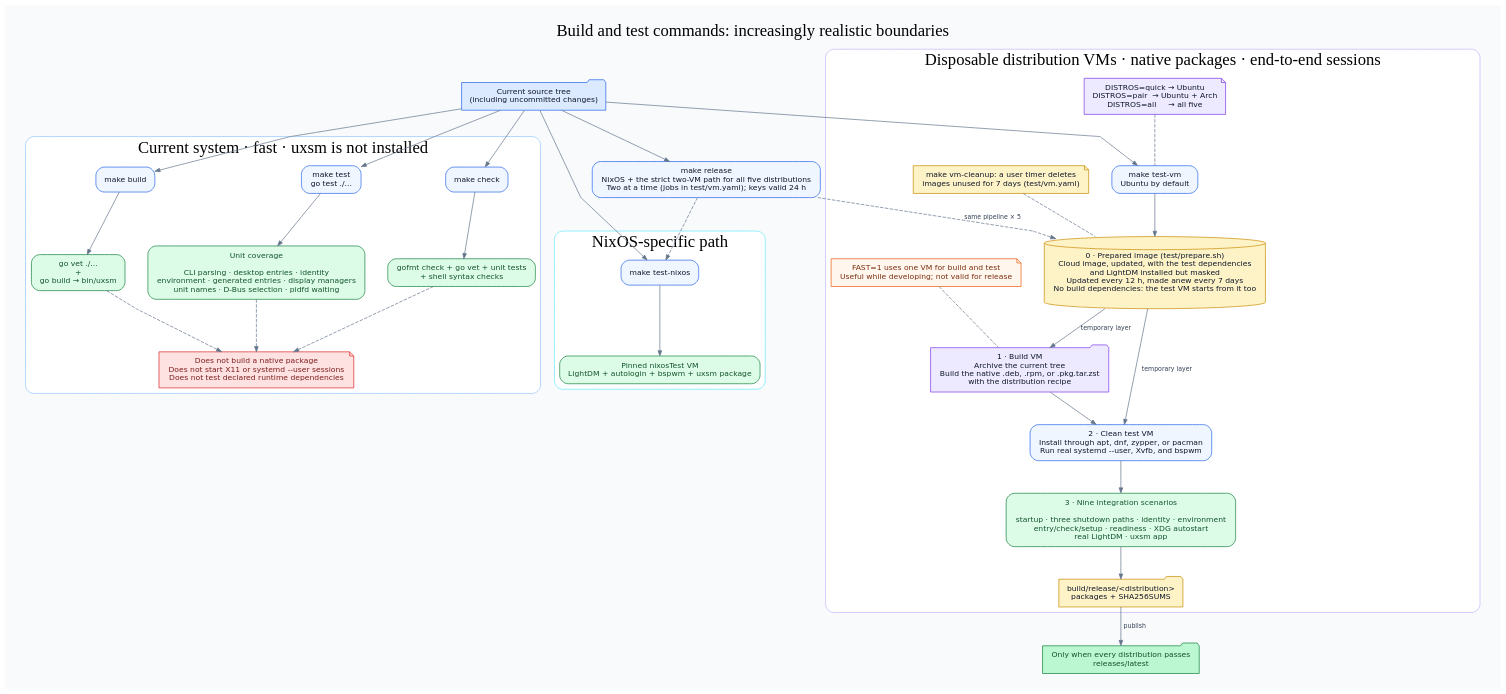
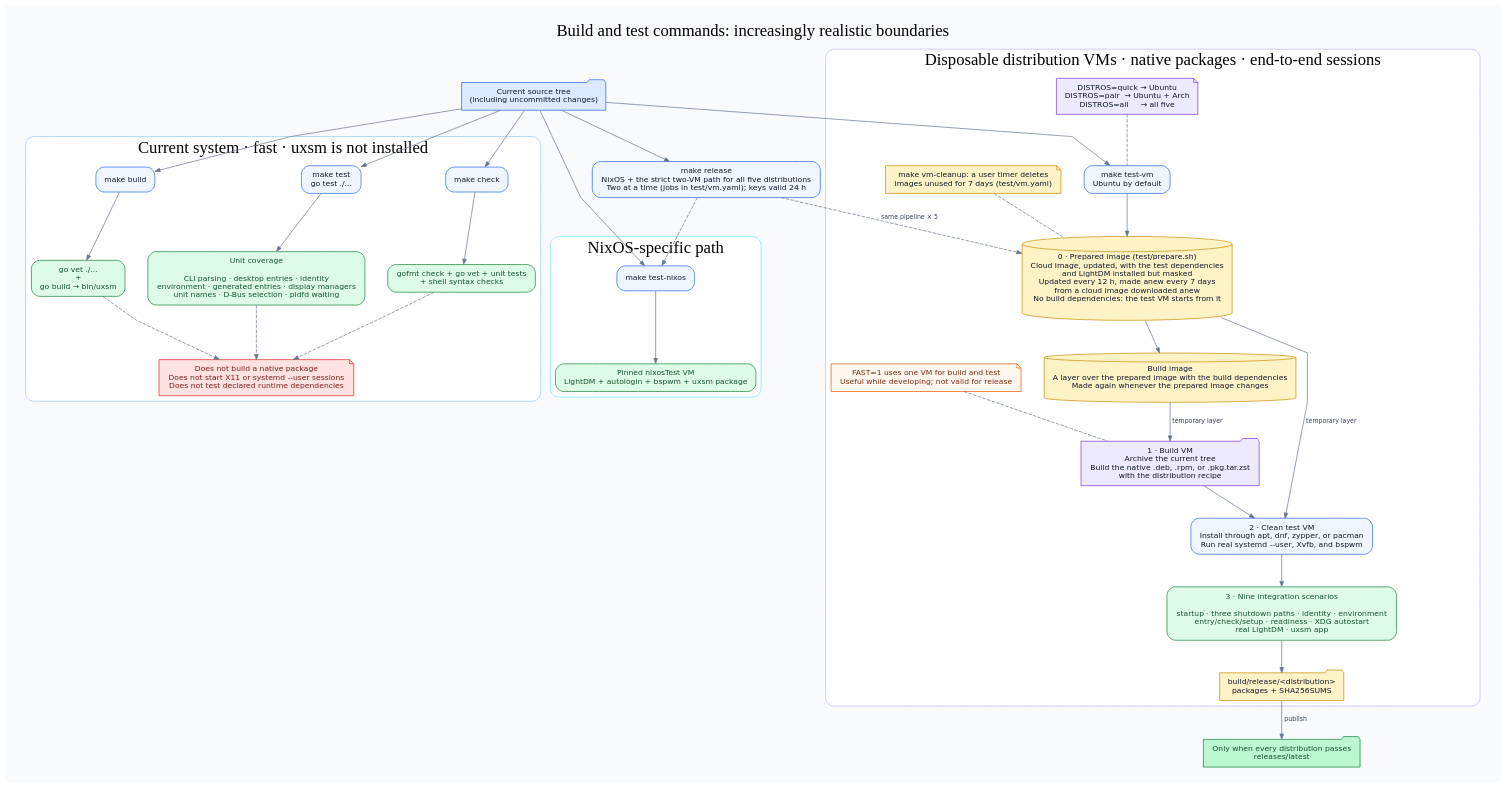
Before and after one commit to heizeisaburou/uxsm: the diagram in docs/flows/build-and-tests.dot, drawn with Graphviz. The commit also changed 8 other files, not shown here.

```diff
--- a/docs/flows/build-and-tests.dot
+++ b/docs/flows/build-and-tests.dot
@@ -1,109 +1,112 @@
 digraph build_tests {
   graph [
     label="Build and test commands: increasingly realistic boundaries",
     labelloc=t,
     fontsize=24,
     fontname="DejaVu Sans Bold",
     bgcolor="#f8fafc",
     pad=0.30,
     nodesep=0.46,
     ranksep=0.64,
     splines=polyline,
     newrank=true
   ];
   node [shape=box, style="rounded,filled", fontname="DejaVu Sans", fontsize=11,
         color="#2563eb", fillcolor="#eff6ff", fontcolor="#0f172a", margin="0.16,0.11"];
   edge [fontname="DejaVu Sans", fontsize=9, color="#64748b", fontcolor="#334155", arrowsize=0.75];
 
   source [shape=folder, fillcolor="#dbeafe",
           label="Current source tree\n(including uncommitted changes)"];
 
   subgraph cluster_local {
     label="Current system · fast · uxsm is not installed";
     color="#93c5fd";
     style="rounded,filled";
     fillcolor="#ffffff";
     fontname="DejaVu Sans Bold";
 
     test [label="make test\ngo test ./..."];
     unit [fillcolor="#dcfce7", color="#15803d", fontcolor="#14532d",
           label="Unit coverage\n\nCLI parsing · desktop entries · identity\nenvironment · generated entries · display managers\nunit names · D-Bus selection · pidfd waiting"];
     check [label="make check"];
     checks [fillcolor="#dcfce7", color="#15803d", fontcolor="#14532d",
             label="gofmt check + go vet + unit tests\n+ shell syntax checks"];
     build [label="make build"];
     compile [fillcolor="#dcfce7", color="#15803d", fontcolor="#14532d",
              label="go vet ./...\n+\ngo build → bin/uxsm"];
     local_limit [shape=note, fillcolor="#fee2e2", color="#dc2626", fontcolor="#7f1d1d",
                  label="Does not build a native package\nDoes not start X11 or systemd --user sessions\nDoes not test declared runtime dependencies"];
 
     test -> unit;
     check -> checks;
     build -> compile;
     unit -> local_limit [style=dashed];
     checks -> local_limit [style=dashed];
     compile -> local_limit [style=dashed];
     {rank=same; test; check; build}
     {rank=same; unit; checks; compile}
   }
 
   subgraph cluster_vm {
     label="Disposable distribution VMs · native packages · end-to-end sessions";
     color="#c4b5fd";
     style="rounded,filled";
     fillcolor="#ffffff";
     fontname="DejaVu Sans Bold";
 
     testvm [label="make test-vm\nUbuntu by default"];
     choose [shape=note, fillcolor="#ede9fe", color="#7c3aed",
             label="DISTROS=quick → Ubuntu\nDISTROS=pair  → Ubuntu + Arch\nDISTROS=all     → all five"];
     prepared [shape=cylinder, fillcolor="#fef3c7", color="#ca8a04",
-              label="0 · Prepared image (test/prepare.sh)\nCloud image, updated, with the test dependencies\nand LightDM installed but masked\nUpdated every 12 h, made anew every 7 days\nNo build dependencies: the test VM starts from it too"];
+              label="0 · Prepared image (test/prepare.sh)\nCloud image, updated, with the test dependencies\nand LightDM installed but masked\nUpdated every 12 h, made anew every 7 days\nfrom a cloud image downloaded anew\nNo build dependencies: the test VM starts from it"];
+    buildimg [shape=cylinder, fillcolor="#fef3c7", color="#ca8a04",
+              label="Build image\nA layer over the prepared image with the build dependencies\nMade again whenever the prepared image changes"];
     cleanup [shape=note, fillcolor="#fef3c7", color="#ca8a04",
              label="make vm-cleanup: a user timer deletes\nimages unused for 7 days (test/vm.yaml)"];
     package [shape=folder, fillcolor="#ede9fe", color="#7c3aed",
              label="1 · Build VM\nArchive the current tree\nBuild the native .deb, .rpm, or .pkg.tar.zst\nwith the distribution recipe"];
     install [label="2 · Clean test VM\nInstall through apt, dnf, zypper, or pacman\nRun real systemd --user, Xvfb, and bspwm"];
     integration [fillcolor="#dcfce7", color="#15803d", fontcolor="#14532d",
                  label="3 · Nine integration scenarios\n\nstartup · three shutdown paths · identity · environment\nentry/check/setup · readiness · XDG autostart\nreal LightDM · uxsm app"];
     artifacts [shape=folder, fillcolor="#fef3c7", color="#ca8a04",
                label="build/release/<distribution>\npackages + SHA256SUMS"];
     fast [shape=note, fillcolor="#fff7ed", color="#ea580c", fontcolor="#7c2d12",
           label="FAST=1 uses one VM for build and test\nUseful while developing; not valid for release"];
 
     choose -> testvm [style=dashed, arrowhead=none];
     testvm -> prepared;
-    prepared -> package [label=" temporary layer "];
+    prepared -> buildimg;
+    buildimg -> package [label=" temporary layer "];
     prepared -> install [label=" temporary layer "];
     package -> install -> integration -> artifacts;
     cleanup -> prepared [style=dashed, arrowhead=none];
     fast -> package [style=dashed, arrowhead=none];
   }
 
   subgraph cluster_nix {
     label="NixOS-specific path";
     color="#67e8f9";
     style="rounded,filled";
     fillcolor="#ffffff";
     fontname="DejaVu Sans Bold";
 
     nix [label="make test-nixos"];
     nixvm [fillcolor="#dcfce7", color="#15803d", fontcolor="#14532d",
            label="Pinned nixosTest VM\nLightDM + autologin + bspwm + uxsm package"];
     nix -> nixvm;
   }
 
   release [label="make release\nNixOS + the strict two-VM path for all five distributions\nTwo at a time (jobs in test/vm.yaml); keys valid 24 h"];
   latest [shape=folder, fillcolor="#bbf7d0", color="#15803d", fontcolor="#14532d",
           label="Only when every distribution passes\nreleases/latest"];
 
   source -> test;
   source -> check;
   source -> build;
   source -> testvm;
   source -> nix;
   source -> release;
   release -> prepared [label=" same pipeline × 5 ", style=dashed];
   release -> nix [style=dashed];
   artifacts -> latest [label=" publish "];
 }
```
